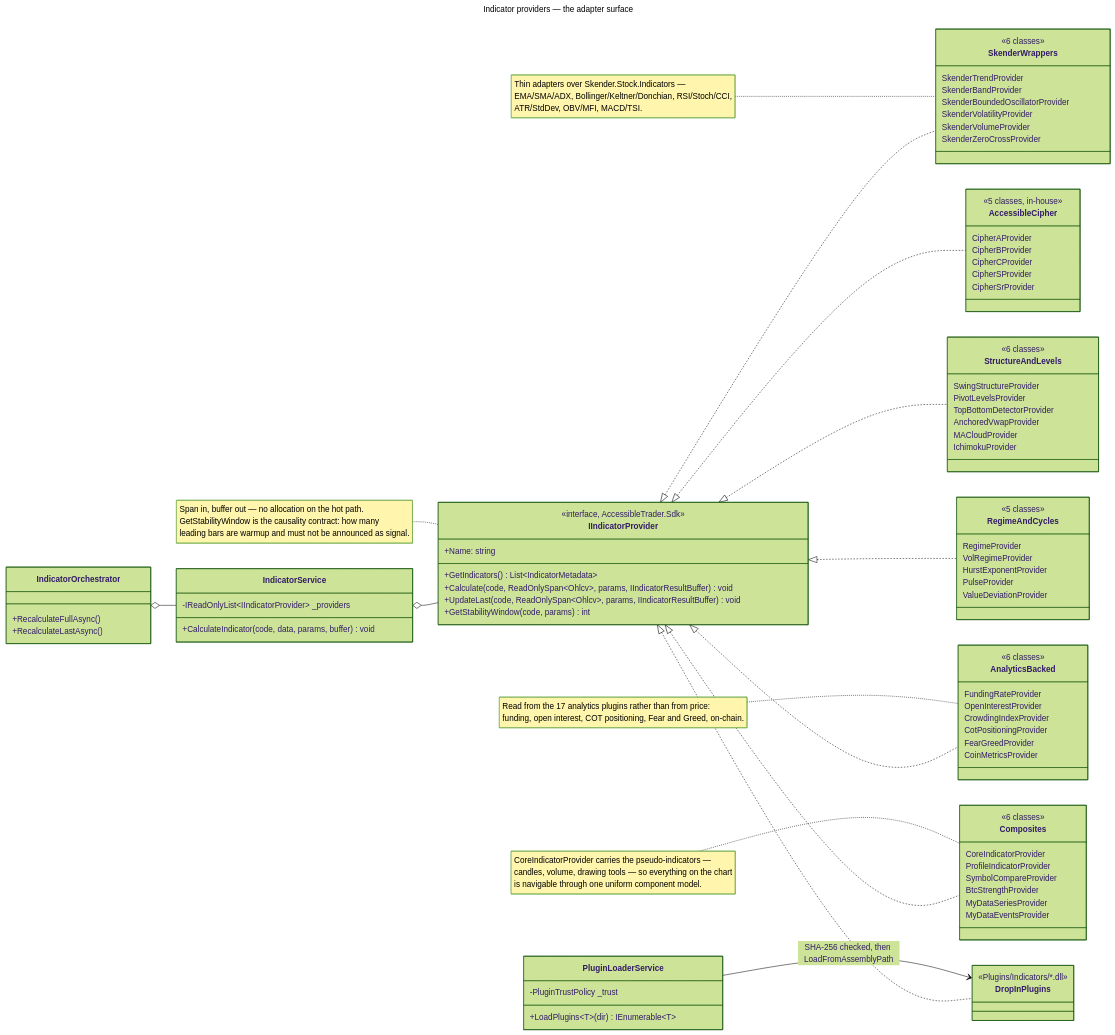
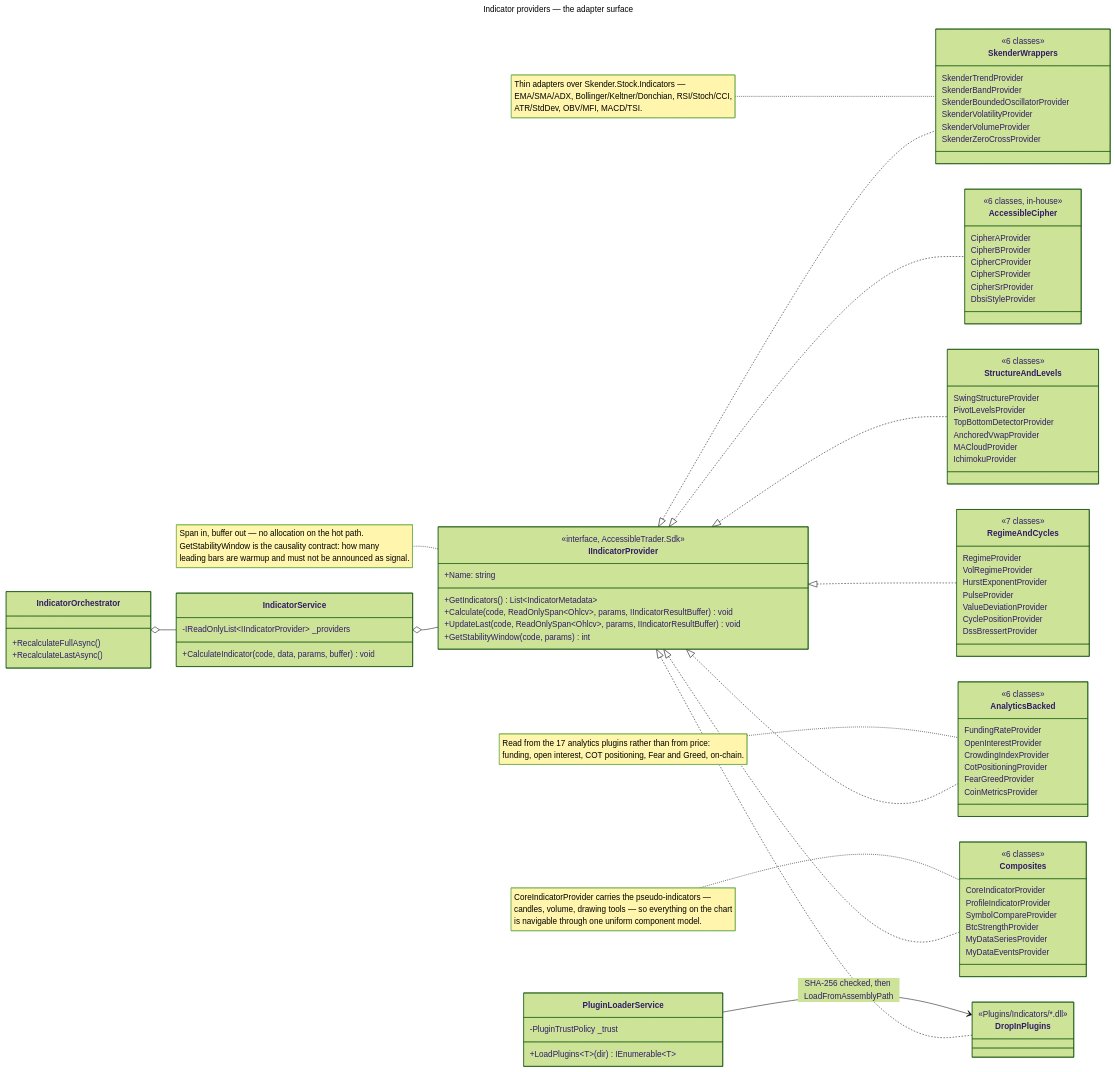
The diagram in Diagrams/indicator_adapter.mmd (churst90/accessible-trade-terminal), drawn with Mermaid (forest theme) before and after one commit. The commit also changed 18 other files, not shown here.

```diff
--- a/Diagrams/indicator_adapter.mmd
+++ b/Diagrams/indicator_adapter.mmd
@@ -1,103 +1,106 @@
 ---
 title: Indicator providers — the adapter surface
 ---
-%% Verified against the tree on 2026-08-28: 36 IIndicatorProvider implementations in
+%% Verified against the tree on 2026-11-16: 37 IIndicatorProvider implementations in
 %% AccessibleTrader.Core, grouped below by what they adapt. Drop-in DLLs under
 %% Plugins/Indicators/ implement the same SDK interface and are loaded the same way.
 classDiagram
     direction LR
 
     class IIndicatorProvider {
         <<interface, AccessibleTrader.Sdk>>
         +Name: string
         +GetIndicators() List~IndicatorMetadata~
         +Calculate(code, ReadOnlySpan~Ohlcv~, params, IIndicatorResultBuffer) void
         +UpdateLast(code, ReadOnlySpan~Ohlcv~, params, IIndicatorResultBuffer) void
         +GetStabilityWindow(code, params) int
     }
     note for IIndicatorProvider "Span in, buffer out — no allocation on the hot path.<br/>GetStabilityWindow is the causality contract: how many<br/>leading bars are warmup and must not be announced as signal."
 
     class IndicatorService {
         -IReadOnlyList~IIndicatorProvider~ _providers
         +CalculateIndicator(code, data, params, buffer) void
     }
     class IndicatorOrchestrator {
         +RecalculateFullAsync()
         +RecalculateLastAsync()
     }
     class PluginLoaderService {
         -PluginTrustPolicy _trust
         +LoadPlugins~T~(dir) IEnumerable~T~
     }
 
     class SkenderWrappers {
         <<6 classes>>
         SkenderTrendProvider
         SkenderBandProvider
         SkenderBoundedOscillatorProvider
         SkenderVolatilityProvider
         SkenderVolumeProvider
         SkenderZeroCrossProvider
     }
     class AccessibleCipher {
-        <<5 classes, in-house>>
+        <<6 classes, in-house>>
         CipherAProvider
         CipherBProvider
         CipherCProvider
         CipherSProvider
         CipherSrProvider
+        DbsiStyleProvider
     }
     class StructureAndLevels {
         <<6 classes>>
         SwingStructureProvider
         PivotLevelsProvider
         TopBottomDetectorProvider
         AnchoredVwapProvider
         MACloudProvider
         IchimokuProvider
     }
     class RegimeAndCycles {
-        <<5 classes>>
+        <<7 classes>>
         RegimeProvider
         VolRegimeProvider
         HurstExponentProvider
         PulseProvider
         ValueDeviationProvider
+        CyclePositionProvider
+        DssBressertProvider
     }
     class AnalyticsBacked {
         <<6 classes>>
         FundingRateProvider
         OpenInterestProvider
         CrowdingIndexProvider
         CotPositioningProvider
         FearGreedProvider
         CoinMetricsProvider
     }
     class Composites {
         <<6 classes>>
         CoreIndicatorProvider
         ProfileIndicatorProvider
         SymbolCompareProvider
         BtcStrengthProvider
         MyDataSeriesProvider
         MyDataEventsProvider
     }
     class DropInPlugins {
         <<Plugins/Indicators/*.dll>>
     }
 
     IndicatorOrchestrator o-- IndicatorService
     IndicatorService o-- IIndicatorProvider
     PluginLoaderService --> DropInPlugins : SHA-256 checked, then LoadFromAssemblyPath
 
     IIndicatorProvider <|.. SkenderWrappers
     IIndicatorProvider <|.. AccessibleCipher
     IIndicatorProvider <|.. StructureAndLevels
     IIndicatorProvider <|.. RegimeAndCycles
     IIndicatorProvider <|.. AnalyticsBacked
     IIndicatorProvider <|.. Composites
     IIndicatorProvider <|.. DropInPlugins
 
     note for SkenderWrappers "Thin adapters over Skender.Stock.Indicators —<br/>EMA/SMA/ADX, Bollinger/Keltner/Donchian, RSI/Stoch/CCI,<br/>ATR/StdDev, OBV/MFI, MACD/TSI."
     note for AnalyticsBacked "Read from the 17 analytics plugins rather than from price:<br/>funding, open interest, COT positioning, Fear and Greed, on-chain."
     note for Composites "CoreIndicatorProvider carries the pseudo-indicators —<br/>candles, volume, drawing tools — so everything on the chart<br/>is navigable through one uniform component model."
```
